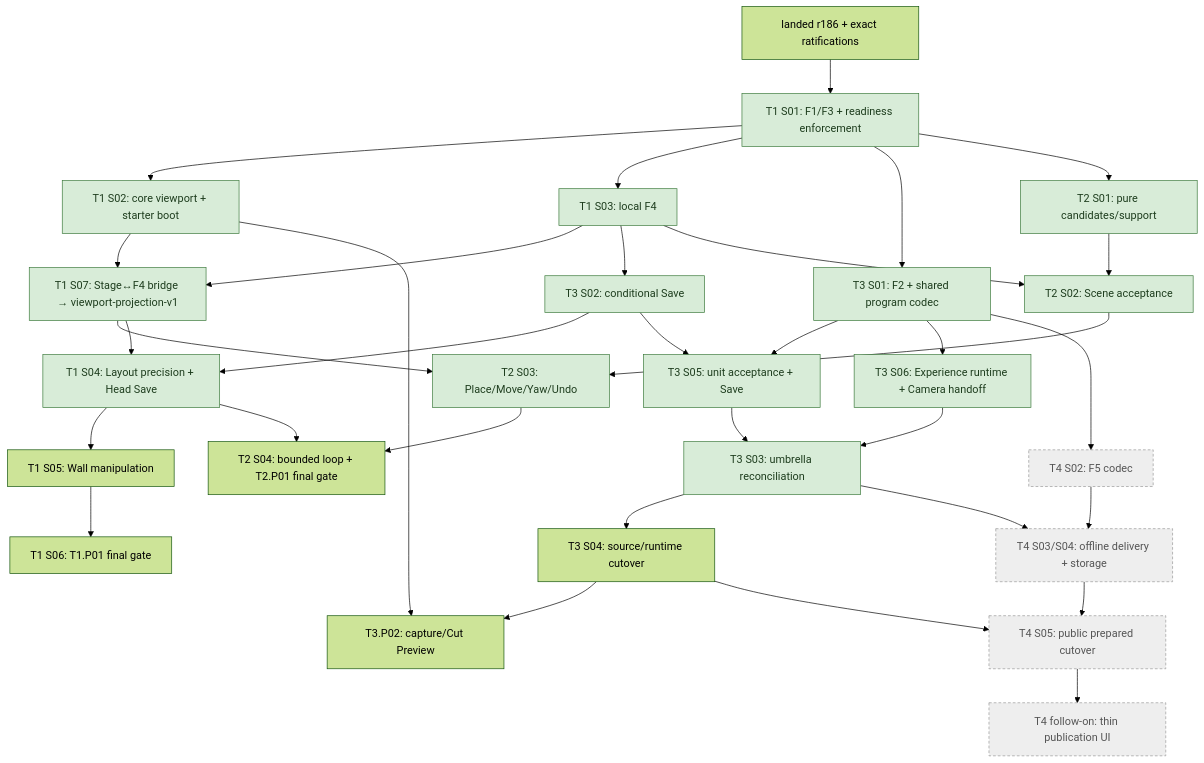
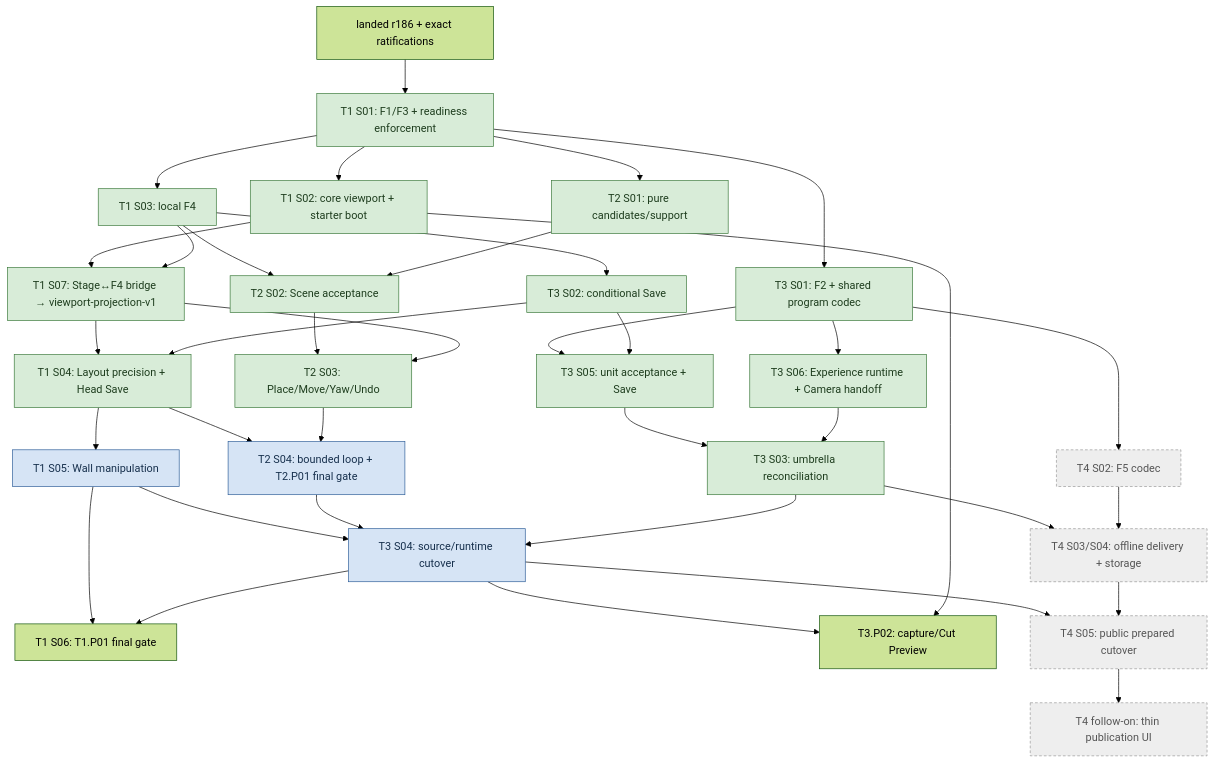
The first of 4 diagrams in docs/roadmap/cross-track-execution.md (Biskiq/spatial-sketch-editor), drawn with Mermaid (forest theme) before and after one commit. The commit also changed other lines of this file and 22 other files, not shown here.

````diff
--- a/docs/roadmap/cross-track-execution.md
+++ b/docs/roadmap/cross-track-execution.md
@@ -206,40 +201,44 @@
 ```mermaid
 flowchart TD
   R["landed r186 + exact ratifications"] --> A["T1 S01: F1/F3 + readiness enforcement"]
   A --> V["T1 S02: core viewport + starter boot"]
   A --> L["T1 S03: local F4"]
   A --> U["T3 S01: F2 + shared program codec"]
   A --> O["T2 S01: pure candidates/support"]
   V --> B["T1 S07: Stage↔F4 bridge → viewport-projection-v1"]
   L --> B
   L --> S["T3 S02: conditional Save"]
   L --> C["T2 S02: Scene acceptance"]
   O --> C
   C --> UI["T2 S03: Place/Move/Yaw/Undo"]
   B --> UI
   B --> P["T1 S04: Layout precision + Head Save"]
   S --> P
   P --> W["T1 S05: Wall manipulation"] --> G["T1 S06: T1.P01 final gate"]
+  W --> CUT
+  T2F --> CUT
+  CUT --> G
   P --> T2F["T2 S04: bounded loop + T2.P01 final gate"]
   UI --> T2F
   U --> X5["T3 S05: unit acceptance + Save"]
   S --> X5
   U --> X6["T3 S06: Experience runtime + Camera handoff"]
   X5 --> X["T3 S03: umbrella reconciliation"]
   X6 --> X
   U --> F["T4 S02: F5 codec"]
   X --> CUT["T3 S04: source/runtime cutover"]
   X --> OFF["T4 S03/S04: offline delivery + storage"]
   F --> OFF
   CUT --> PRE["T3.P02: capture/Cut Preview"]
   V --> PRE
   CUT --> PUB["T4 S05: public prepared cutover"]
   OFF --> PUB
   PUB --> UX["T4 follow-on: thin publication UI"]
 
   classDef shipped fill:#d8ecd8,stroke:#3c7a3c,color:#1e3d1e
   classDef authorized fill:#d6e4f5,stroke:#2f5f99,color:#17304d
   classDef deferred fill:#eeeeee,stroke:#999999,color:#555555,stroke-dasharray:4 3
   class A,V,L,U,O,B,S,C,X5,X6,X,P,UI shipped
+  class W,T2F,CUT authorized
   class F,OFF,PUB,UX deferred
 ```
````
